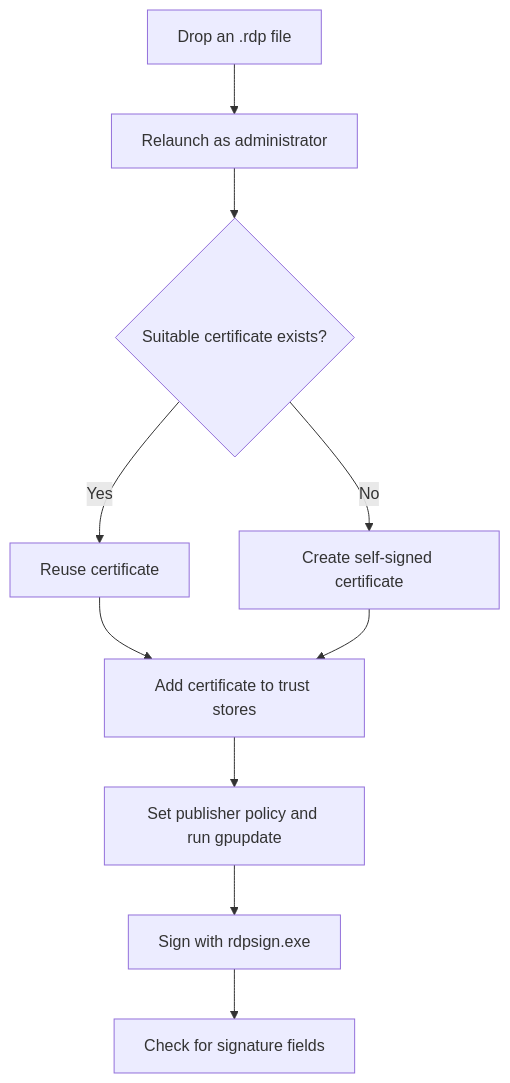
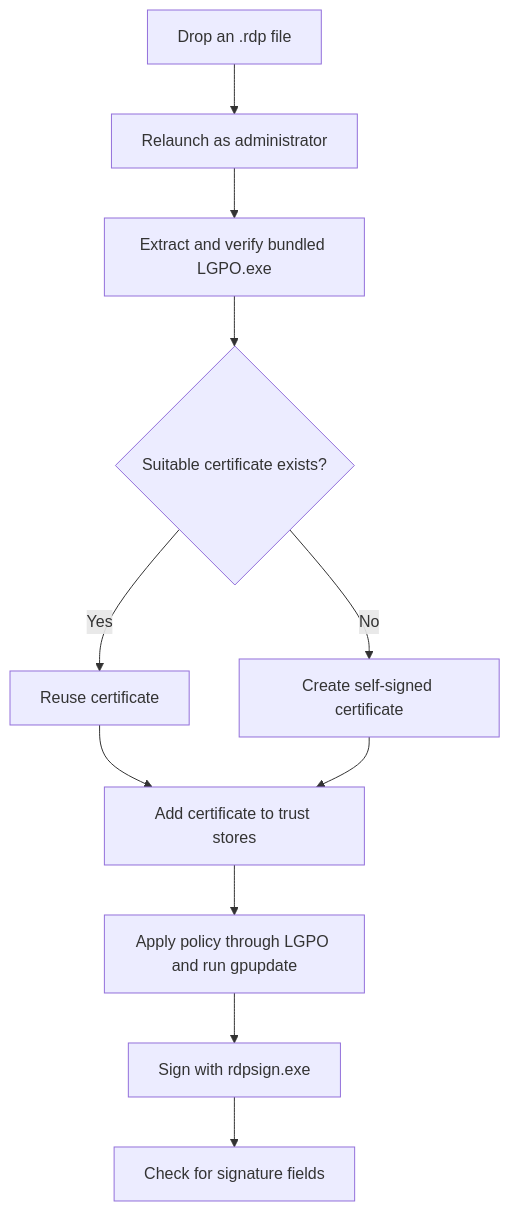
The diagram in README.md (sezgynus/RDP-Signer), drawn with Mermaid before and after one commit. The commit also changed other lines of this file, not shown here.

````diff
--- a/README.md
+++ b/README.md
@@ -38,12 +38,13 @@
 ```mermaid
 flowchart TD
     A["Drop an .rdp file"] --> B["Relaunch as administrator"]
-    B --> C{"Suitable certificate exists?"}
+    B --> L["Extract and verify bundled LGPO.exe"]
+    L --> C{"Suitable certificate exists?"}
     C -- Yes --> D["Reuse certificate"]
     C -- No --> E["Create self-signed certificate"]
     D --> F["Add certificate to trust stores"]
     E --> F
-    F --> G["Set publisher policy and run gpupdate"]
+    F --> G["Apply policy through LGPO and run gpupdate"]
     G --> H["Sign with rdpsign.exe"]
     H --> I["Check for signature fields"]
 ```
````
